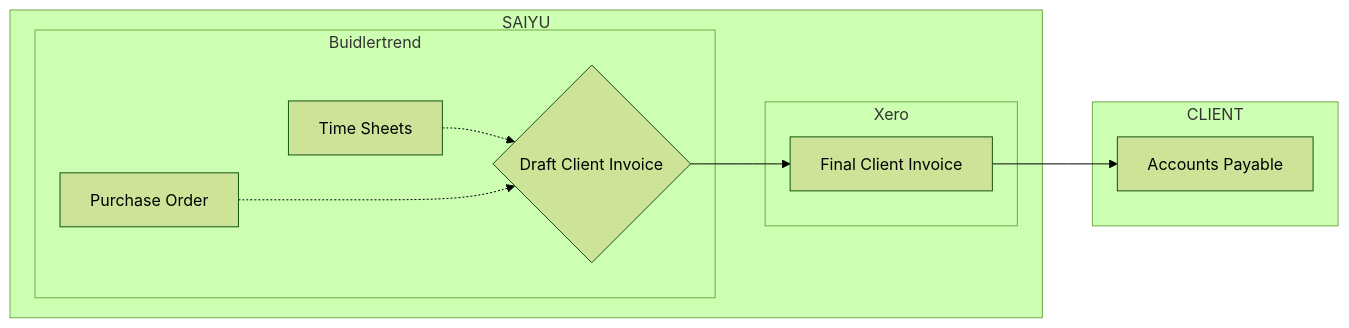
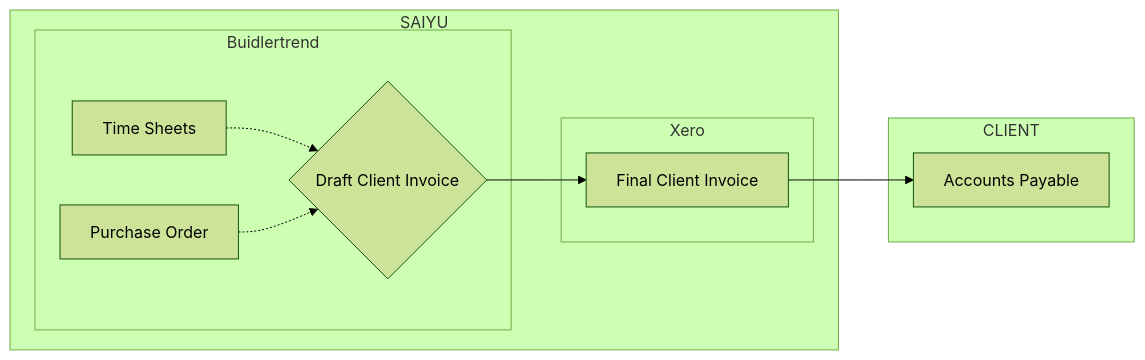
Before and after one commit to gearzhan/docWiki_PSECxSAIYU: the diagram in docs/02-commercial/saiyu/InvoiceToClient.md, drawn with Mermaid (forest theme). The commit also changed other lines of this file and 15 other files, not shown here.

````diff
--- a/docs/02-commercial/saiyu/InvoiceToClient.md
+++ b/docs/02-commercial/saiyu/InvoiceToClient.md
@@ -17,25 +17,23 @@
 ```mermaid
 
 flowchart LR
 
 subgraph SAIYU
   subgraph BT[Buidlertrend]
     TS[Time Sheets] -.-> CI{"Draft Client Invoice"}
-    PO[Purchase Order] -..-> CI
+    PO[Purchase Order] -.-> CI
   end
 
   subgraph Xero
   	CIx["Final Client Invoice"]
   end
   
 end
 
 subgraph CLIENT
  AP[Accounts Payable]
 end
 
-
 CI --> CIx --> AP
 
-
 ```
````
